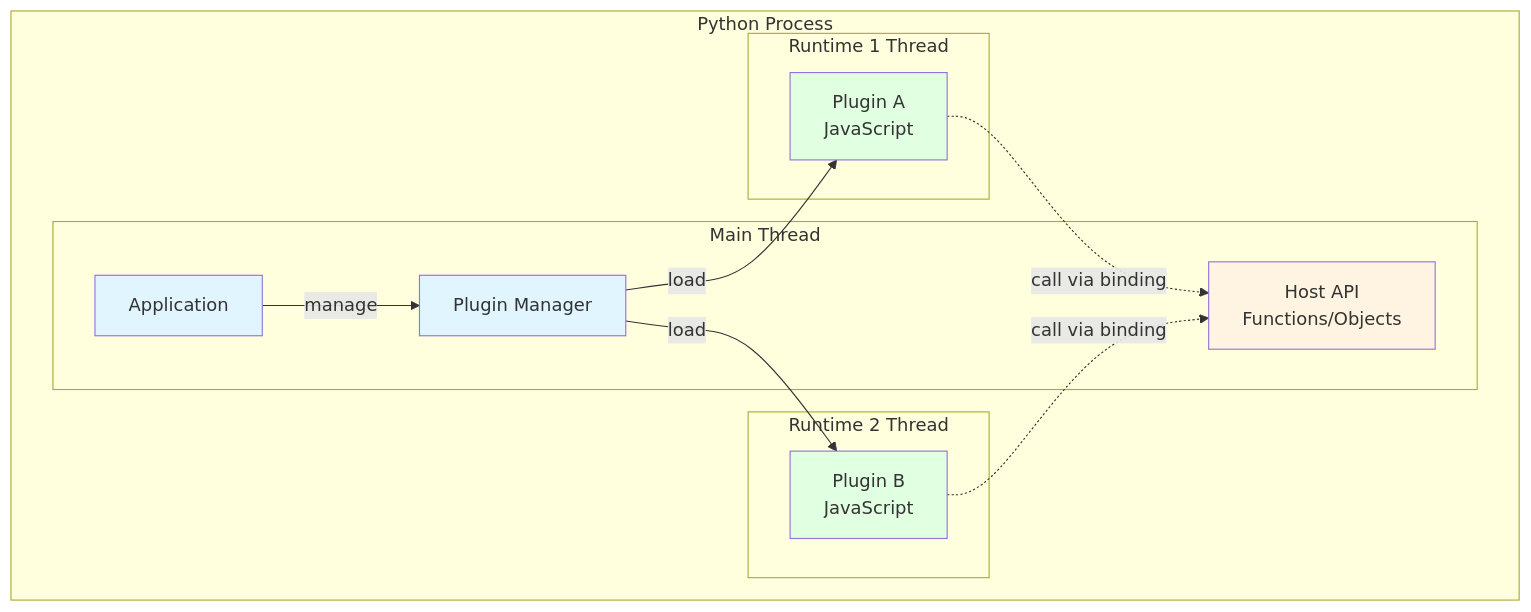
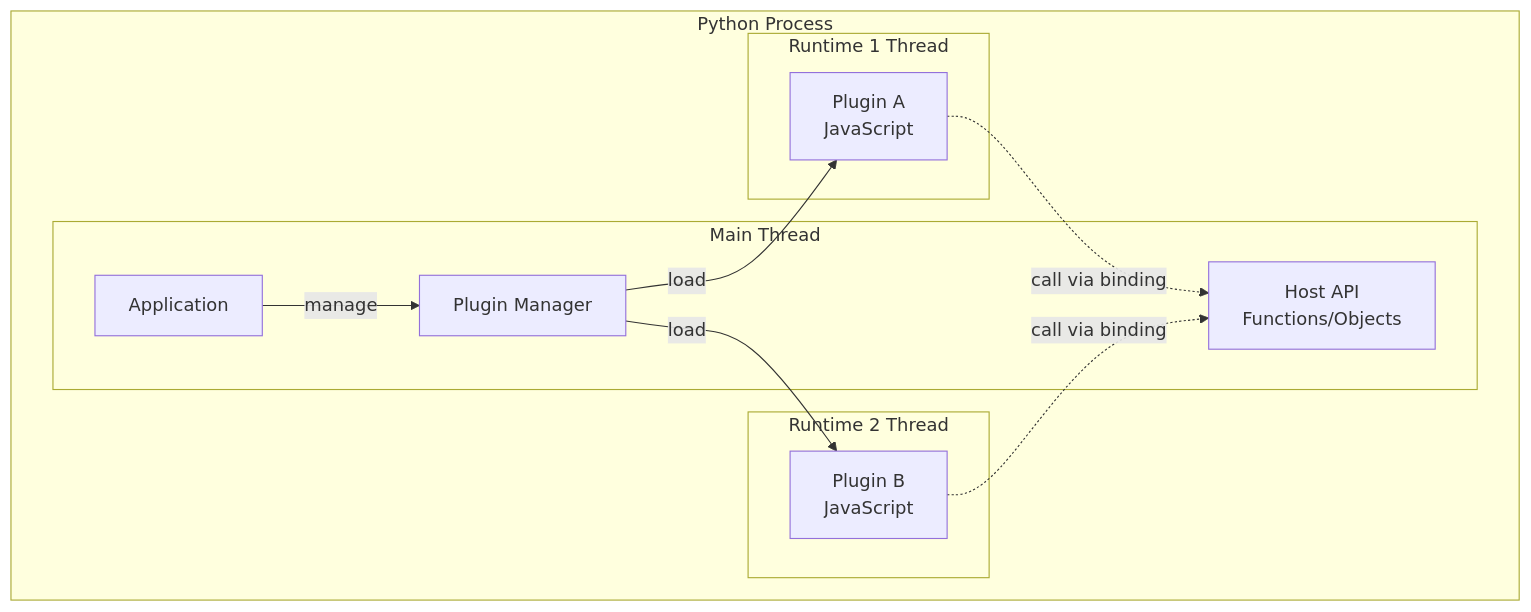
One commit to mikz/jsrun changed the diagram in docs/use-cases/plugin-system.md. Above: the diagram before and after it, drawn with Mermaid. The commit also changed 11 other files, not shown here.

````diff
--- a/docs/use-cases/plugin-system.md
+++ b/docs/use-cases/plugin-system.md
@@ -17,30 +17,24 @@
 ```mermaid
 graph TB
     subgraph "Python Process"
         subgraph "Main Thread"
             APP[Application]
             MGR[Plugin Manager]
             API[Host API<br/>Functions/Objects]
         end
 
         subgraph "Runtime 1 Thread"
             P1[Plugin A<br/>JavaScript]
         end
 
         subgraph "Runtime 2 Thread"
             P2[Plugin B<br/>JavaScript]
         end
 
         APP -->|manage| MGR
         MGR -->|load| P1
         MGR -->|load| P2
         P1 -.->|call via binding| API
         P2 -.->|call via binding| API
     end
-
-    style APP fill:#e1f5ff
-    style MGR fill:#e1f5ff
-    style API fill:#fff4e1
-    style P1 fill:#e1ffe1
-    style P2 fill:#e1ffe1
 ```
````
